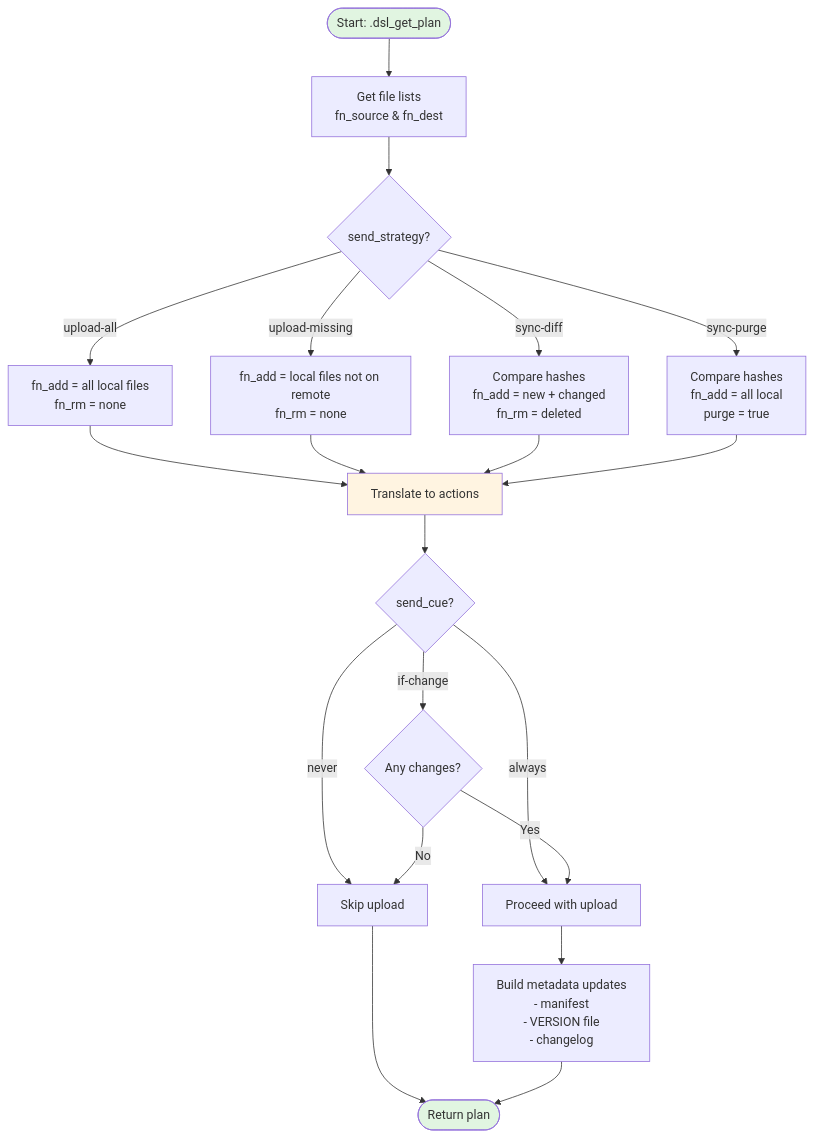
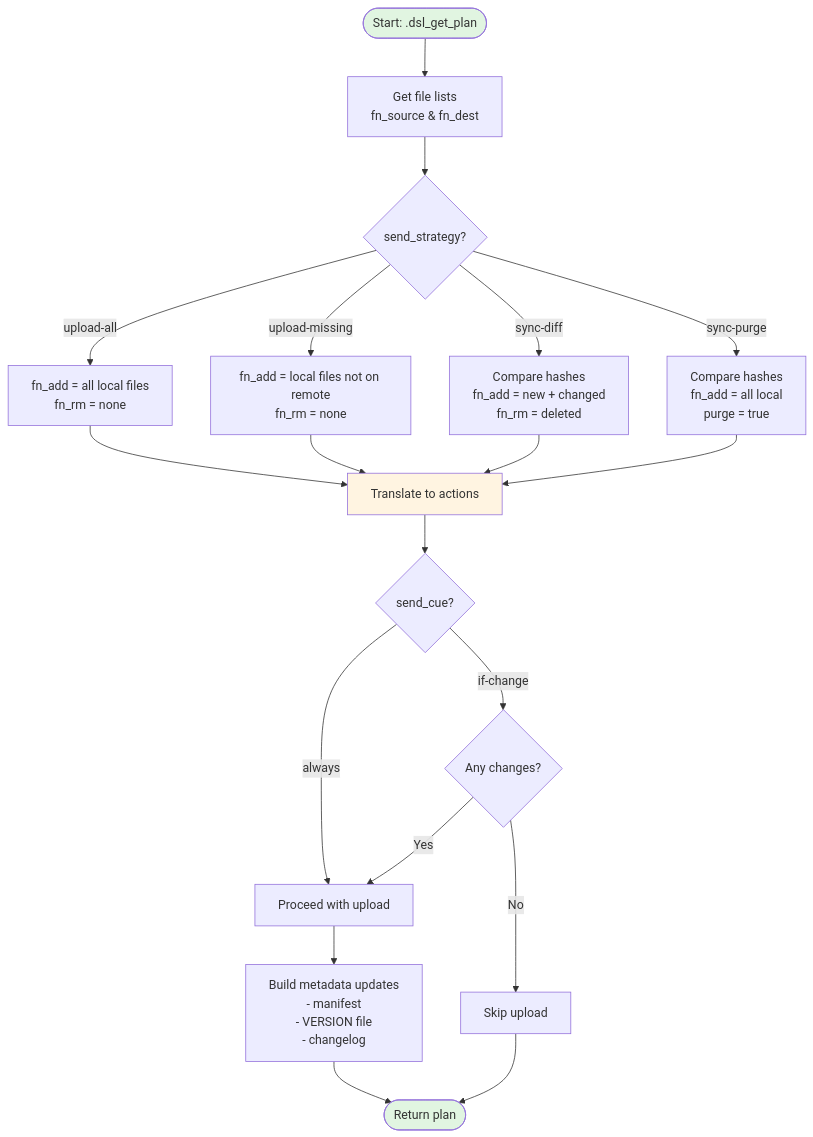
Before and after one commit to SATVILab/projr: the second of 4 diagrams in articles/dest-send-workflow.md, drawn with Mermaid. The commit also changed other lines of this file and 149 other files, not shown here.

````diff
--- a/articles/dest-send-workflow.md
+++ b/articles/dest-send-workflow.md
@@ -94,32 +94,31 @@
 ``` mermaid
 flowchart TD
     Start([Start: .dsl_get_plan]) --> GetFilenames[Get file lists<br/>fn_source & fn_dest]
     
     GetFilenames --> Strategy{send_strategy?}
     
     Strategy -->|upload-all| UploadAll[fn_add = all local files<br/>fn_rm = none]
     Strategy -->|upload-missing| UploadMissing[fn_add = local files not on remote<br/>fn_rm = none]
     Strategy -->|sync-diff| SyncDiff[Compare hashes<br/>fn_add = new + changed<br/>fn_rm = deleted]
     Strategy -->|sync-purge| SyncPurge[Compare hashes<br/>fn_add = all local<br/>purge = true]
     
     UploadAll --> BuildActions[Translate to actions]
     UploadMissing --> BuildActions
     SyncDiff --> BuildActions
     SyncPurge --> BuildActions
     
     BuildActions --> CheckCue{send_cue?}
-    CheckCue -->|never| SkipSend[Skip upload]
     CheckCue -->|always| ProceedSend[Proceed with upload]
     CheckCue -->|if-change| CheckChanges{Any changes?}
     
     CheckChanges -->|Yes| ProceedSend
-    CheckChanges -->|No| SkipSend
+    CheckChanges -->|No| SkipSend[Skip upload]
     
     ProceedSend --> BuildMetadata[Build metadata updates<br/>- manifest<br/>- VERSION file<br/>- changelog]
     SkipSend --> End
     BuildMetadata --> End([Return plan])
     
     style Start fill:#e1f5e1
     style End fill:#e1f5e1
     style BuildActions fill:#fff4e1
 ```
````
